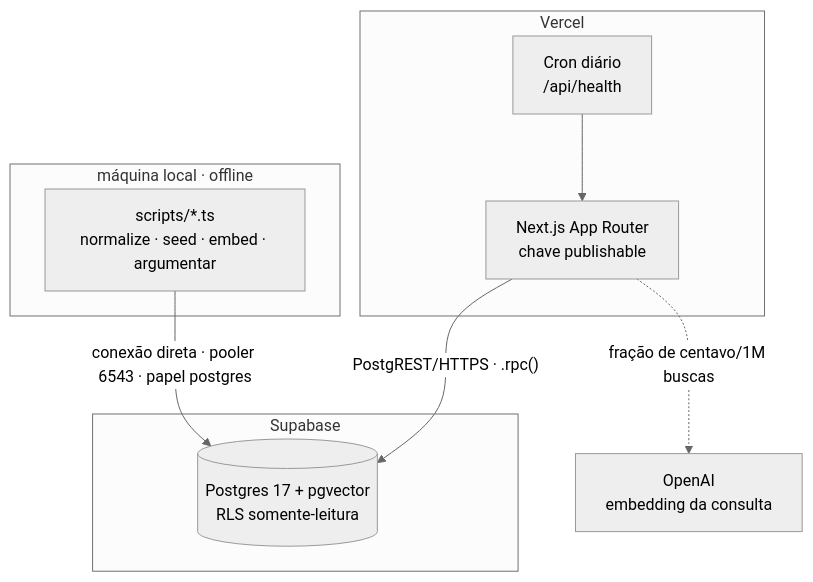
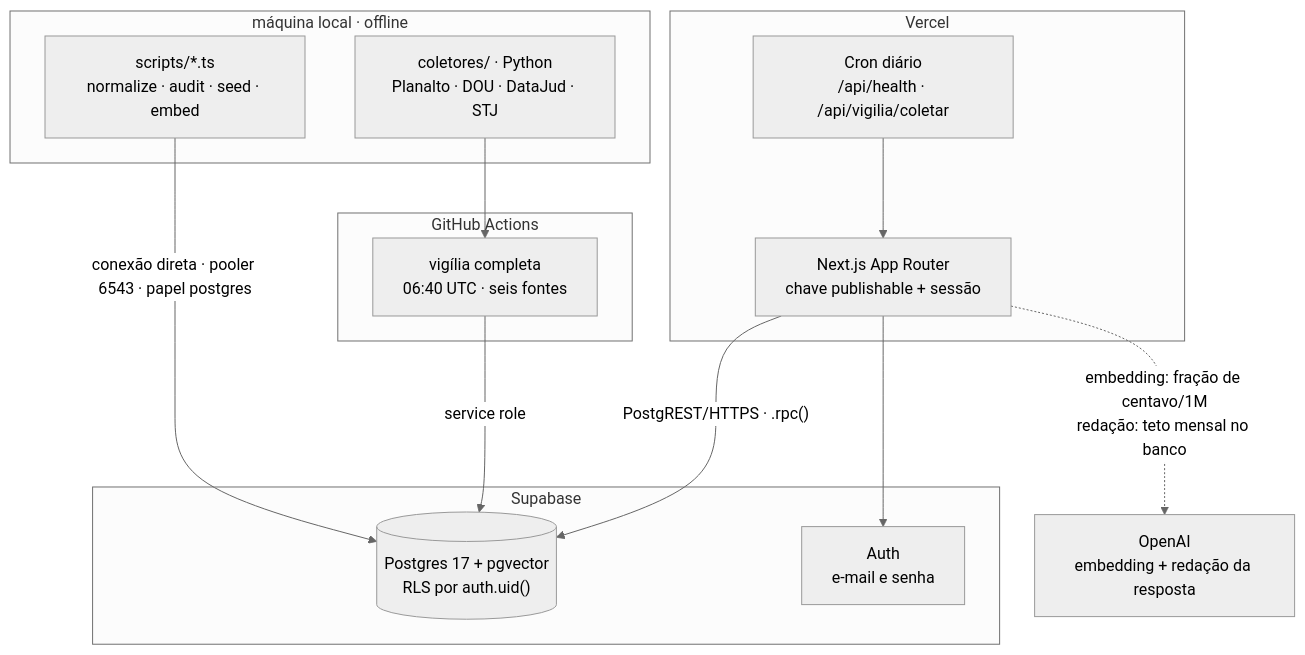
The first of 5 diagrams in README.md (yLich-hub/Ipsis), drawn with Mermaid (neutral theme) before and after one commit. The commit also changed other lines of this file, not shown here.

````diff
--- a/README.md
+++ b/README.md
@@ -100,19 +109,27 @@
 ```mermaid
 flowchart TB
     subgraph LOCAL["máquina local · offline"]
-        SC["scripts/*.ts<br/>normalize · seed · embed · argumentar"]
+        SC["scripts/*.ts<br/>normalize · audit · seed · embed"]
+        PY["coletores/ · Python<br/>Planalto · DOU · DataJud · STJ"]
+    end
+    subgraph GH["GitHub Actions"]
+        ACT["vigília completa<br/>06:40 UTC · seis fontes"]
     end
     subgraph VERCEL["Vercel"]
-        APP["Next.js App Router<br/>chave publishable"]
-        CRON["Cron diário<br/>/api/health"]
+        APP["Next.js App Router<br/>chave publishable + sessão"]
+        CRON["Cron diário<br/>/api/health · /api/vigilia/coletar"]
     end
     subgraph SUPA["Supabase"]
-        PG[("Postgres 17 + pgvector<br/>RLS somente-leitura")]
+        PG[("Postgres 17 + pgvector<br/>RLS por auth.uid()")]
+        AUTH["Auth<br/>e-mail e senha"]
     end
-    OAI["OpenAI<br/>embedding da consulta"]
+    OAI["OpenAI<br/>embedding + redação da resposta"]
 
     SC -->|"conexão direta · pooler 6543 · papel postgres"| PG
+    PY --> ACT
+    ACT -->|"service role"| PG
     APP -->|"PostgREST/HTTPS · .rpc()"| PG
-    APP -.->|"fração de centavo/1M buscas"| OAI
+    APP --> AUTH
+    APP -.->|"embedding: fração de centavo/1M<br/>redação: teto mensal no banco"| OAI
     CRON --> APP
 ```
````
